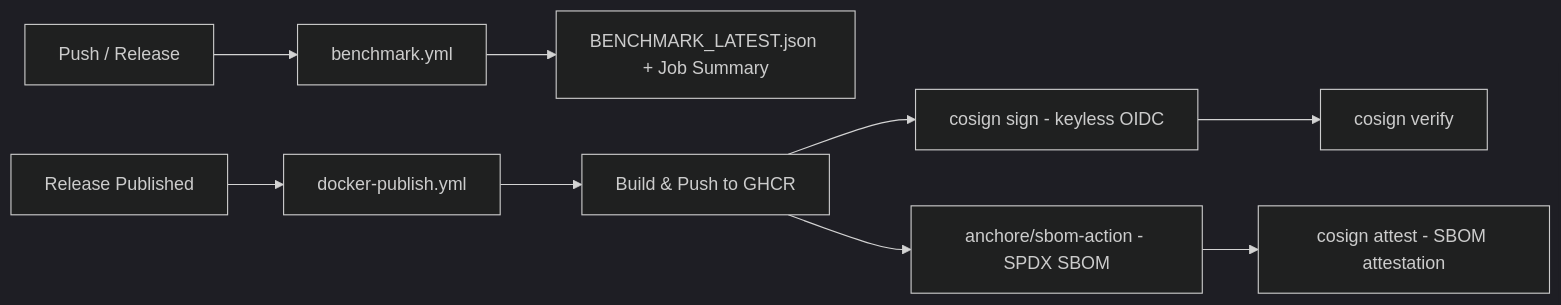
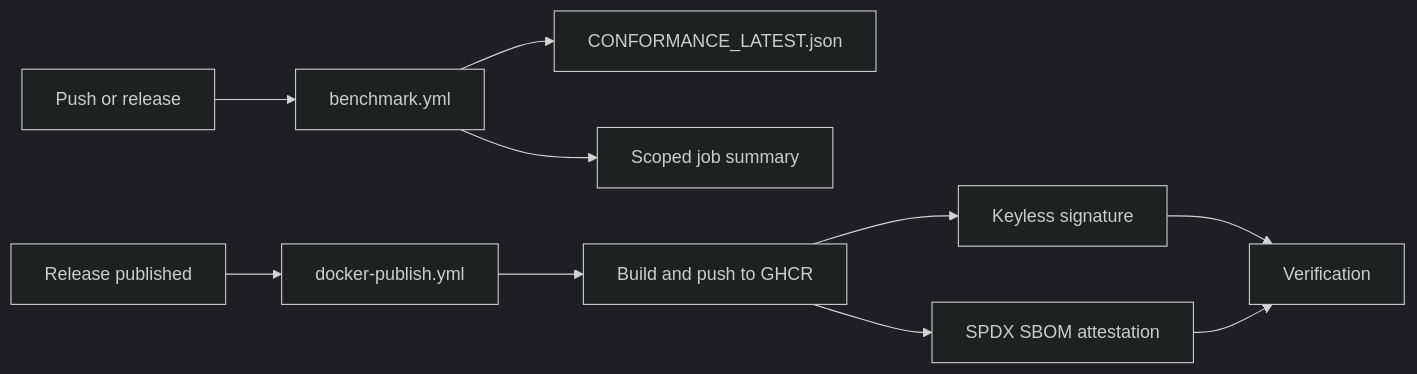
Before and after one commit to ninadphalak/LLM-Shield-Proxy: the diagram in website/docs/features/secure-infrastructure-service-mesh/ci-cd-supply-chain-security.md, drawn with Mermaid (dark theme). The commit also changed other lines of this file and 103 other files, not shown here.

Commit message:
docs: publish conformance and evidence boundaries

````diff
--- a/website/docs/features/secure-infrastructure-service-mesh/ci-cd-supply-chain-security.md
+++ b/website/docs/features/secure-infrastructure-service-mesh/ci-cd-supply-chain-security.md
@@ -44,11 +44,12 @@
 ```mermaid
 flowchart LR
-    A[Push / Release] --> B[benchmark.yml]
-    B --> C[BENCHMARK_LATEST.json + Job Summary]
-    D[Release Published] --> E[docker-publish.yml]
-    E --> F[Build & Push to GHCR]
-    F --> G[cosign sign - keyless OIDC]
-    F --> H[anchore/sbom-action - SPDX SBOM]
-    H --> I[cosign attest - SBOM attestation]
-    G --> J[cosign verify]
+    A[Push or release] --> B[benchmark.yml]
+    B --> C[CONFORMANCE_LATEST.json]
+    B --> D[Scoped job summary]
+    E[Release published] --> F[docker-publish.yml]
+    F --> G[Build and push to GHCR]
+    G --> H[Keyless signature]
+    G --> I[SPDX SBOM attestation]
+    H --> J[Verification]
+    I --> J
 ```
````
